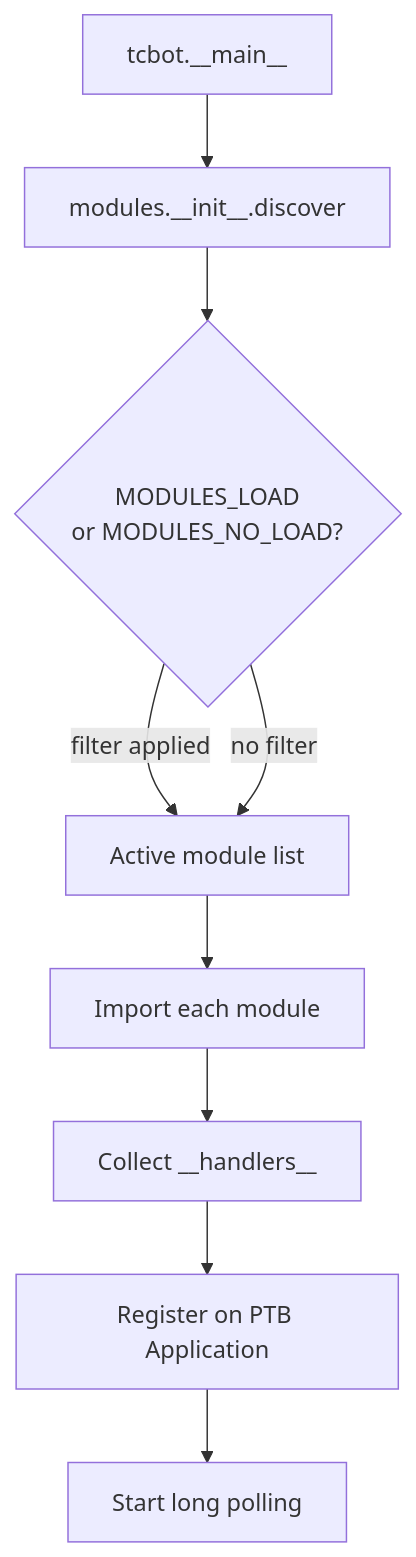
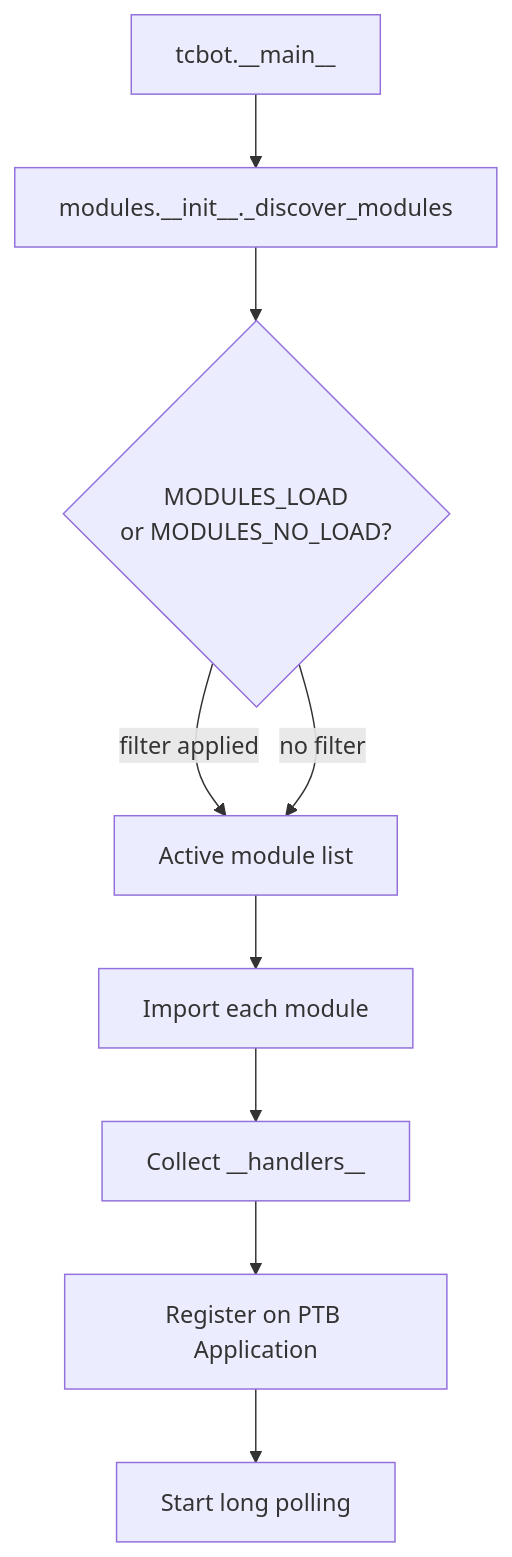
One commit to D1ZZY4/tcbot changed the diagram in docs/modules/modules.md. Above: the diagram before and after it, drawn with Mermaid. The commit also changed other lines of this file and 11 other files, not shown here.

````diff
--- a/docs/modules/modules.md
+++ b/docs/modules/modules.md
@@ -11,11 +11,11 @@
 ```mermaid
 flowchart TD
-    Start[tcbot.__main__] --> Discover[modules.__init__.discover]
+    Start[tcbot.__main__] --> Discover[modules.__init__._discover_modules]
     Discover --> Filter{MODULES_LOAD<br/>or MODULES_NO_LOAD?}
     Filter -->|filter applied| Active[Active module list]
     Filter -->|no filter| Active
     Active --> Import[Import each module]
     Import --> Collect[Collect __handlers__]
     Collect --> Register[Register on PTB Application]
     Register --> Polling[Start long polling]
 ```
````
